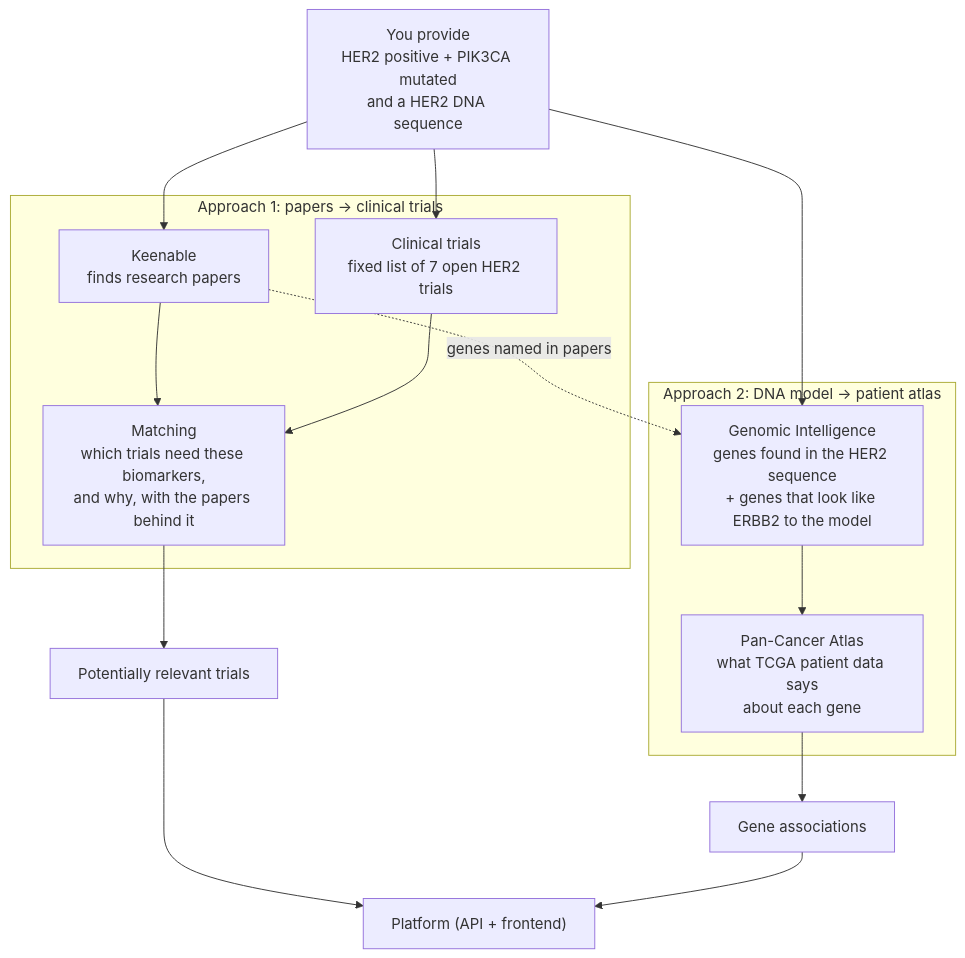
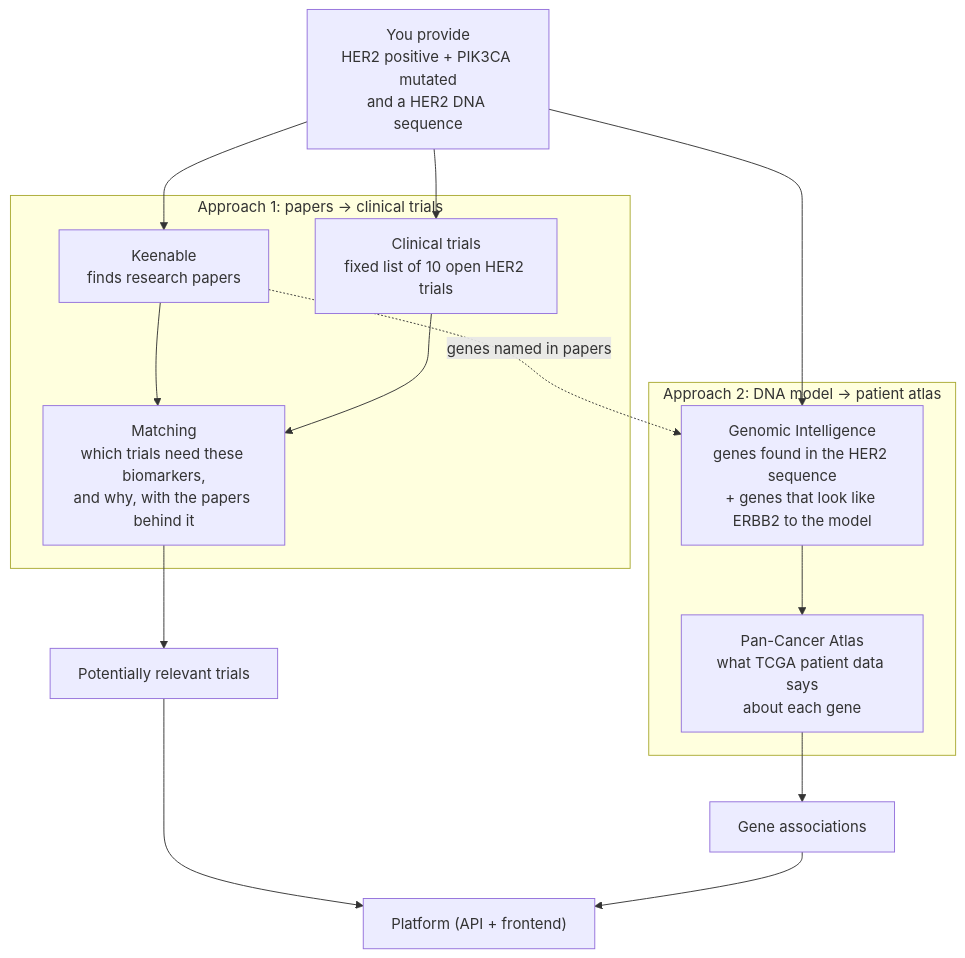
The diagram in README.md (Contactashmeetsingh/B5-hackers), drawn with Mermaid before and after one commit. The commit also changed other lines of this file and 6 other files, not shown here.

````diff
--- a/README.md
+++ b/README.md
@@ -14,28 +14,28 @@
 ```mermaid
 flowchart TD
     IN["You provide<br/>HER2 positive + PIK3CA mutated<br/>and a HER2 DNA sequence"]
 
     subgraph A1["Approach 1: papers → clinical trials"]
         K["Keenable<br/>finds research papers"]
-        T["Clinical trials<br/>fixed list of 7 open HER2 trials"]
+        T["Clinical trials<br/>fixed list of 10 open HER2 trials"]
         M["Matching<br/>which trials need these biomarkers,<br/>and why, with the papers behind it"]
         K --> M
         T --> M
     end
 
     subgraph A2["Approach 2: DNA model → patient atlas"]
         G["Genomic Intelligence<br/>genes found in the HER2 sequence<br/>+ genes that look like ERBB2 to the model"]
         P["Pan-Cancer Atlas<br/>what TCGA patient data says<br/>about each gene"]
         G --> P
     end
 
     IN --> K
     IN --> T
     IN --> G
     K -. "genes named in papers" .-> G
 
     M --> O1["Potentially relevant trials"]
     P --> O2["Gene associations"]
     O1 --> UI["Platform (API + frontend)"]
     O2 --> UI
 ```
````
